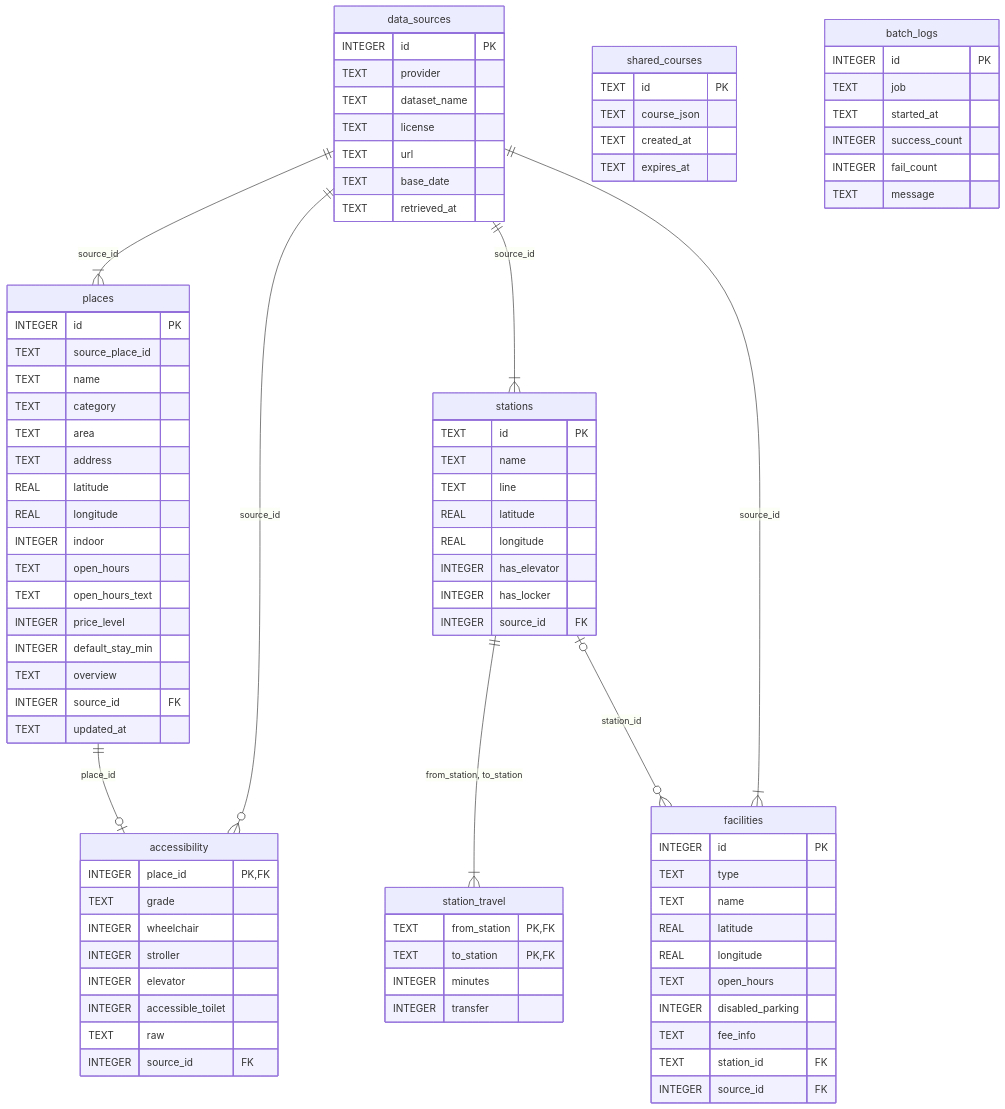
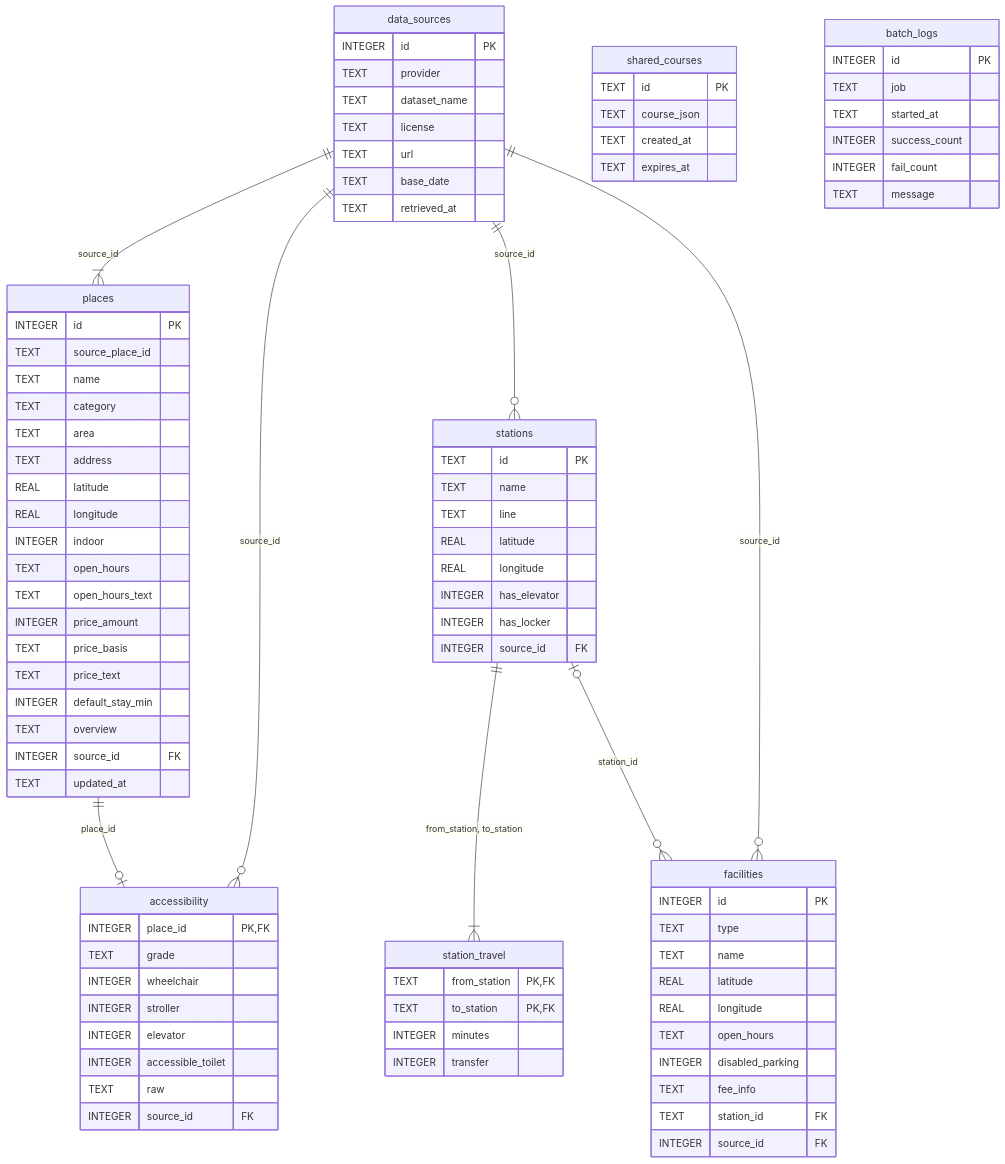
Before and after one commit to yongmoo123/busanfit: the diagram in docs/diagrams/sdd-5-1-er.mmd, drawn with Mermaid. The commit also changed 2 other files, not shown here.

Commit message:
docs: FR-007 DEC-013·014·017·018 SDD 5.2 결정 반영, ER 관계·가격 컬럼 수정과 PNG 재생성 (PR #16 리뷰 반영)

```diff
--- a/docs/diagrams/sdd-5-1-er.mmd
+++ b/docs/diagrams/sdd-5-1-er.mmd
@@ -1,90 +1,92 @@
 %% 그림 5-1. ER 다이어그램 (SQLite) (SDD 5.1) — 타입은 SQLite 실제 타입, 의미는 SDD 5.2 설명 칸 참조 (DEC-005)
 %% PNG 생성 (저장소 루트): npx -p @mermaid-js/mermaid-cli@11.4.2 mmdc -c docs/diagrams/mermaid.config.json -s 2 -b white -i docs/diagrams/sdd-5-1-er.mmd -o docs/images/sdd-5-1-er.png
 erDiagram
   data_sources ||--|{ places : "source_id"
   data_sources ||--o{ accessibility : "source_id"
-  data_sources ||--|{ stations : "source_id"
-  data_sources ||--|{ facilities : "source_id"
+  data_sources ||--o{ stations : "source_id"
+  data_sources ||--o{ facilities : "source_id"
   places ||--o| accessibility : "place_id"
   stations ||--|{ station_travel : "from_station, to_station"
   stations |o--o{ facilities : "station_id"
 
   data_sources {
     INTEGER id PK
     TEXT provider
     TEXT dataset_name
     TEXT license
     TEXT url
     TEXT base_date
     TEXT retrieved_at
   }
   places {
     INTEGER id PK
     TEXT source_place_id
     TEXT name
     TEXT category
     TEXT area
     TEXT address
     REAL latitude
     REAL longitude
     INTEGER indoor
     TEXT open_hours
     TEXT open_hours_text
-    INTEGER price_level
+    INTEGER price_amount
+    TEXT price_basis
+    TEXT price_text
     INTEGER default_stay_min
     TEXT overview
     INTEGER source_id FK
     TEXT updated_at
   }
   accessibility {
     INTEGER place_id PK, FK
     TEXT grade
     INTEGER wheelchair
     INTEGER stroller
     INTEGER elevator
     INTEGER accessible_toilet
     TEXT raw
     INTEGER source_id FK
   }
   stations {
     TEXT id PK
     TEXT name
     TEXT line
     REAL latitude
     REAL longitude
     INTEGER has_elevator
     INTEGER has_locker
     INTEGER source_id FK
   }
   station_travel {
     TEXT from_station PK, FK
     TEXT to_station PK, FK
     INTEGER minutes
     INTEGER transfer
   }
   facilities {
     INTEGER id PK
     TEXT type
     TEXT name
     REAL latitude
     REAL longitude
     TEXT open_hours
     INTEGER disabled_parking
     TEXT fee_info
     TEXT station_id FK
     INTEGER source_id FK
   }
   shared_courses {
     TEXT id PK
     TEXT course_json
     TEXT created_at
     TEXT expires_at
   }
   batch_logs {
     INTEGER id PK
     TEXT job
     TEXT started_at
     INTEGER success_count
     INTEGER fail_count
     TEXT message
   }
```
